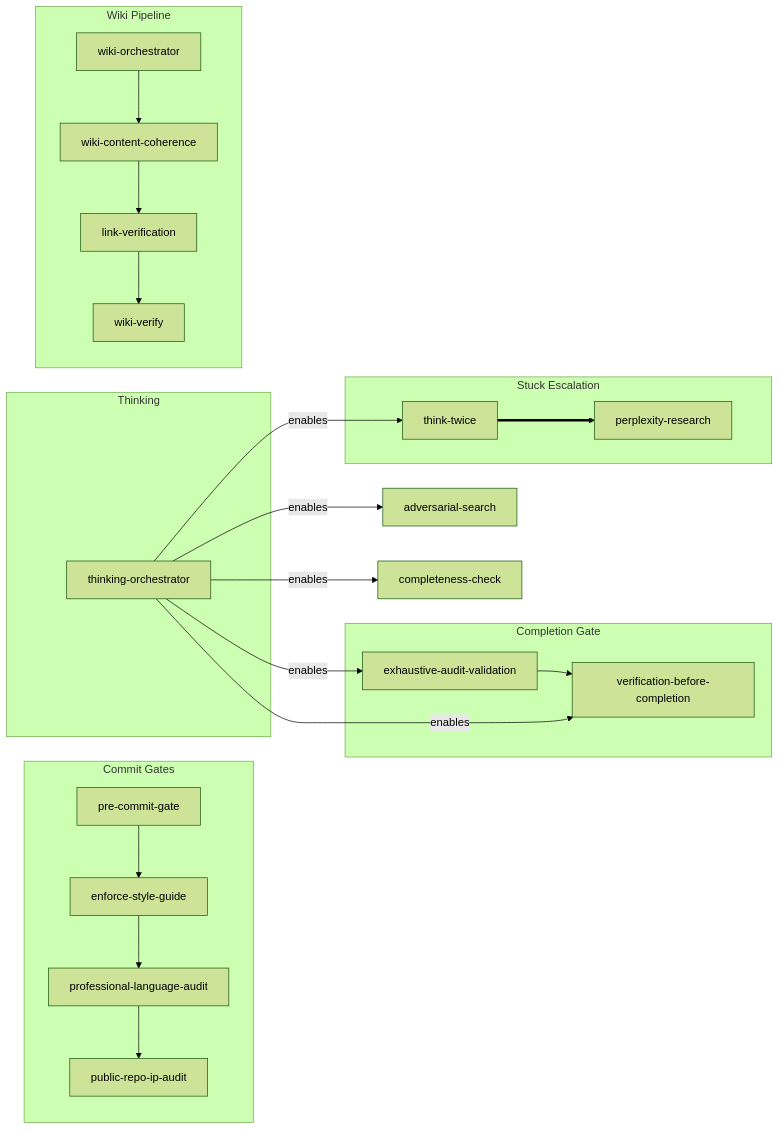
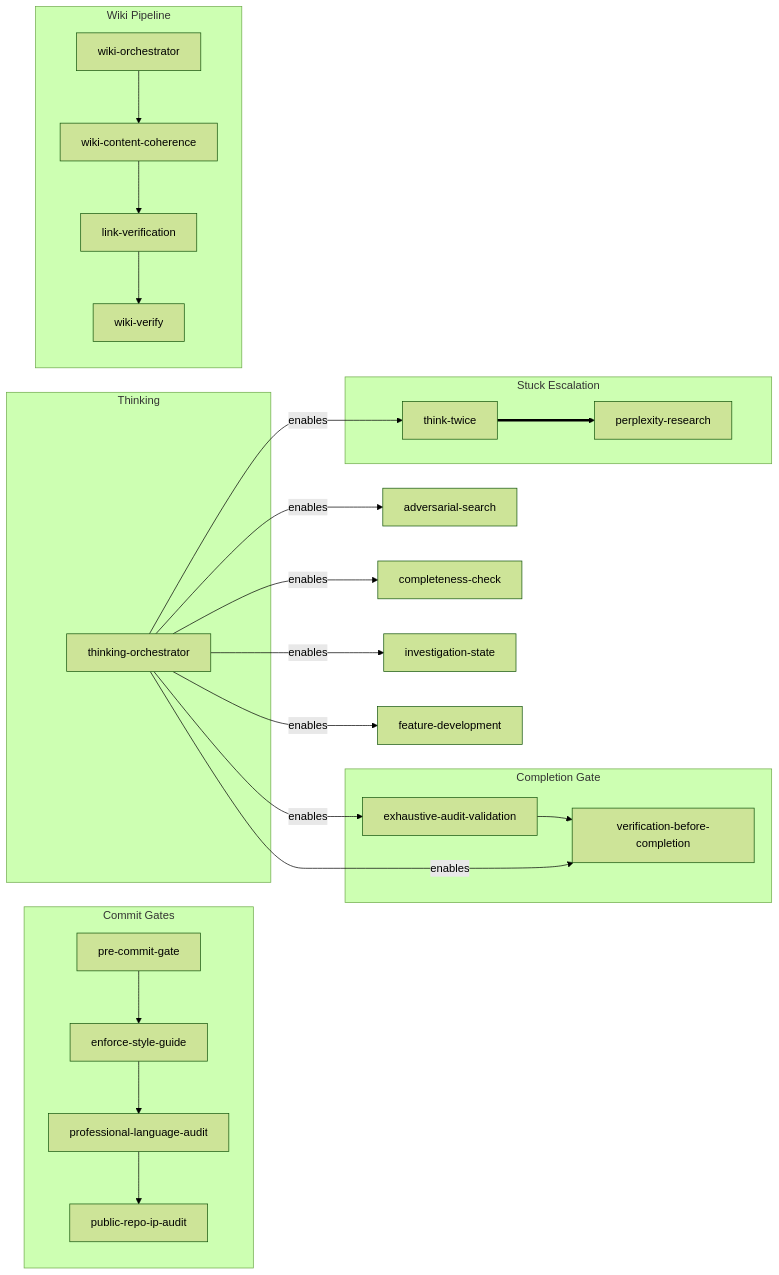
The diagram in README.md (bordenet/superpowers-plus), drawn with Mermaid (forest theme) before and after one commit. The commit also changed 4 other files, not shown here.

````diff
--- a/README.md
+++ b/README.md
@@ -189,32 +189,34 @@
 ```mermaid
 graph LR
   subgraph commit-gates["Commit Gates"]
     pre_commit_gate["pre-commit-gate"] --> enforce_style_guide["enforce-style-guide"]
     enforce_style_guide --> professional_language_audit["professional-language-audit"]
     professional_language_audit --> public_repo_ip_audit["public-repo-ip-audit"]
   end
 
   subgraph completion-gate["Completion Gate"]
     exhaustive_audit_validation["exhaustive-audit-validation"] --> verification_before_completion["verification-before-completion"]
   end
 
   subgraph thinking["Thinking"]
     thinking_orchestrator["thinking-orchestrator"]
   end
 
   subgraph wiki-pipeline["Wiki Pipeline"]
     wiki_orchestrator["wiki-orchestrator"] --> wiki_content_coherence["wiki-content-coherence"]
     wiki_content_coherence --> link_verification["link-verification"]
     link_verification --> wiki_verify["wiki-verify"]
   end
 
   subgraph stuck-escalation["Stuck Escalation"]
     think_twice["think-twice"] ==> perplexity_research["perplexity-research"]
   end
 
   thinking_orchestrator -->|enables| adversarial_search["adversarial-search"]
   thinking_orchestrator -->|enables| think_twice
   thinking_orchestrator -->|enables| verification_before_completion
   thinking_orchestrator -->|enables| exhaustive_audit_validation
   thinking_orchestrator -->|enables| completeness_check["completeness-check"]
+  thinking_orchestrator -->|enables| investigation_state["investigation-state"]
+  thinking_orchestrator -->|enables| feature_development["feature-development"]
 ```
````
